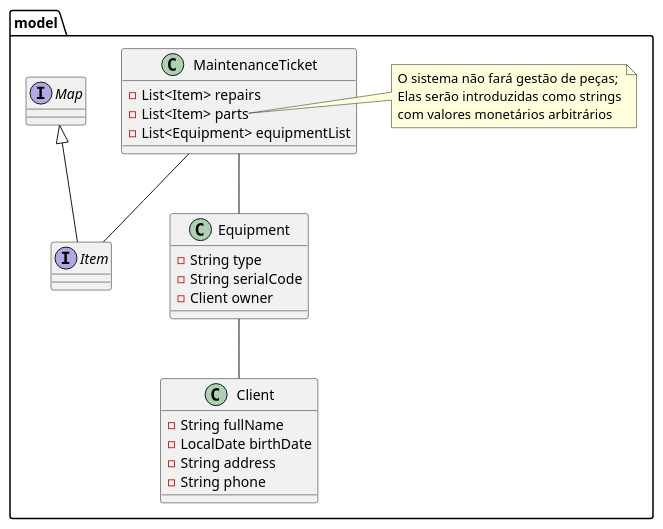
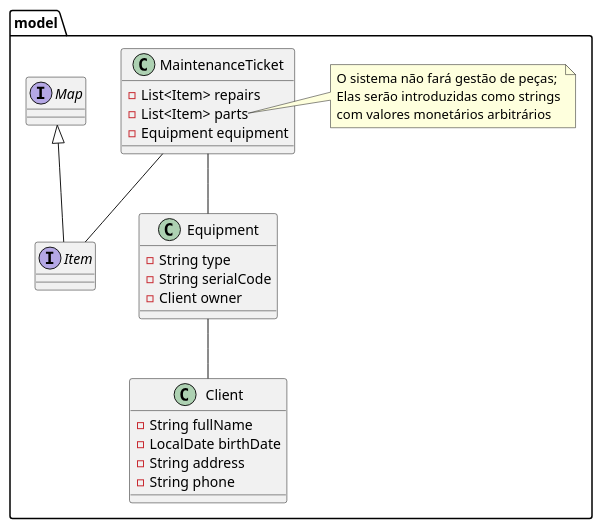
Before and after one commit to radialserial/Mixer: the second of 2 diagrams in README.md, drawn with PlantUML. The commit also changed other lines of this file, not shown here.

Commit message:
docs(README): allow only one equipment per ticket

````diff
--- a/README.md
+++ b/README.md
@@ -11,41 +11,41 @@
 ```plantuml
 @startuml
 
 package model {
 
     class Client {
         - String fullName
         - LocalDate birthDate
         - String address
         - String phone
     }
 
     class Equipment {
         - String type
         - String serialCode
         - Client owner
     }
 
     class MaintenanceTicket {
         - List<Item> repairs
         - List<Item> parts
-        - List<Equipment> equipmentList
+        - Equipment equipment
     }
 
     note right of MaintenanceTicket::parts
         O sistema não fará gestão de peças;
         Elas serão introduzidas como strings
         com valores monetários arbitrários
     end note
 
     interface Item extends Map<String, BigDecimal> {
     }
 
     MaintenanceTicket -- Item
     MaintenanceTicket -- Equipment
     Equipment -- Client
 
 }
 
 @enduml
 ```
````
